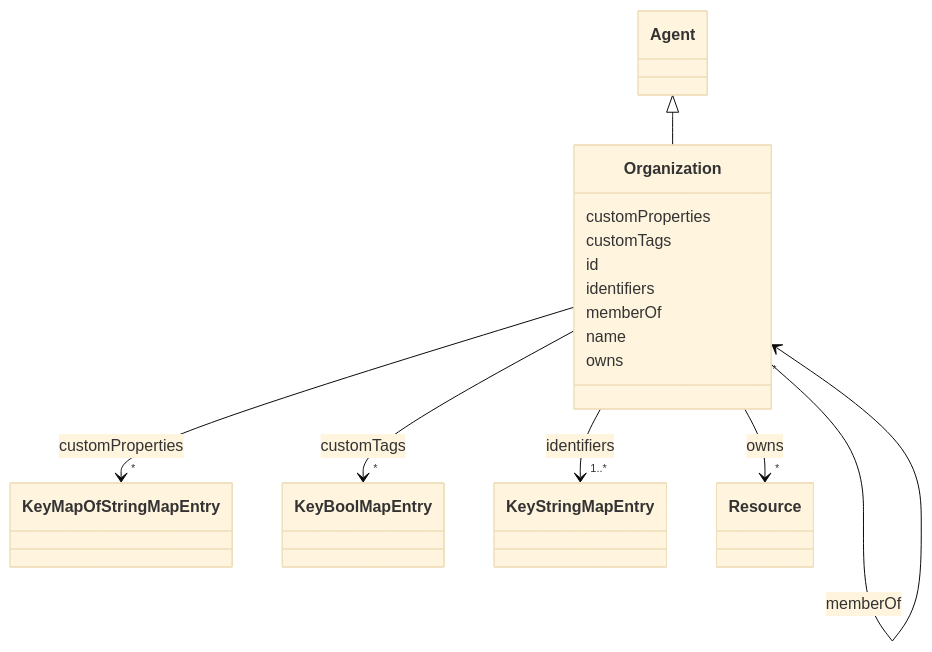
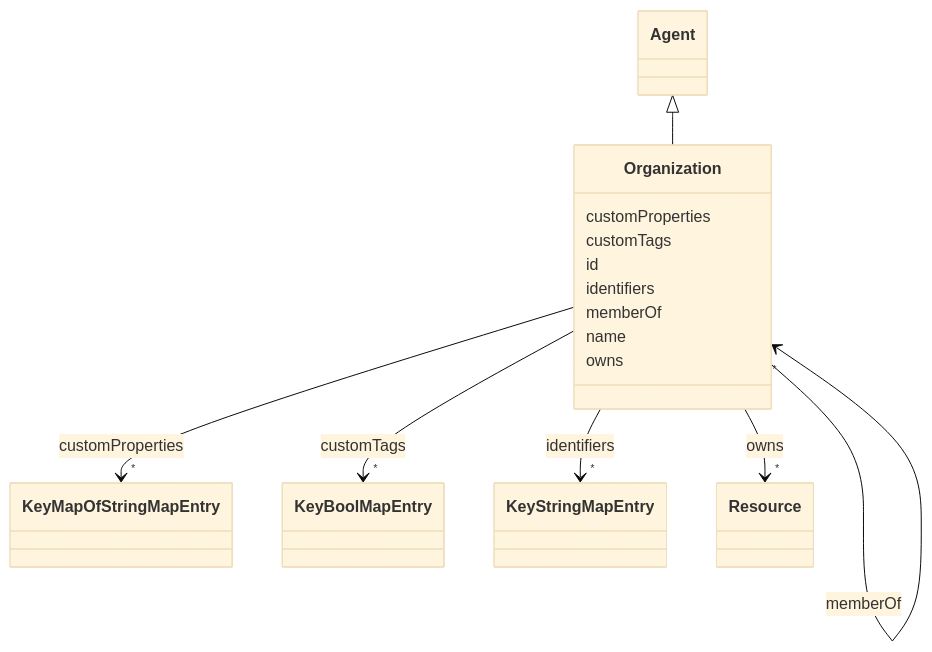
Before and after one commit to takashikasuya/smartbuiding_ontology: the diagram in docs/Organization.md, drawn with Mermaid (base theme). The commit also changed other lines of this file and 89 other files, not shown here.

````diff
--- a/docs/Organization.md
+++ b/docs/Organization.md
@@ -18,68 +18,68 @@
 ```mermaid
  classDiagram
     class Organization
     click Organization href "../Organization/"
       Agent <|-- Organization
         click Agent href "../Agent/"
       
       Organization : customProperties
         
           
     
         
         
         Organization --> "*" KeyMapOfStringMapEntry : customProperties
         click KeyMapOfStringMapEntry href "../KeyMapOfStringMapEntry/"
     
 
         
       Organization : customTags
         
           
     
         
         
         Organization --> "*" KeyBoolMapEntry : customTags
         click KeyBoolMapEntry href "../KeyBoolMapEntry/"
     
 
         
       Organization : id
         
       Organization : identifiers
         
           
     
         
         
-        Organization --> "1..*" KeyStringMapEntry : identifiers
+        Organization --> "*" KeyStringMapEntry : identifiers
         click KeyStringMapEntry href "../KeyStringMapEntry/"
     
 
         
       Organization : memberOf
         
           
     
         
         
         Organization --> "*" Organization : memberOf
         click Organization href "../Organization/"
     
 
         
       Organization : name
         
       Organization : owns
         
           
     
         
         
         Organization --> "*" Resource : owns
         click Resource href "../Resource/"
     
 
         
       
 ```
````
